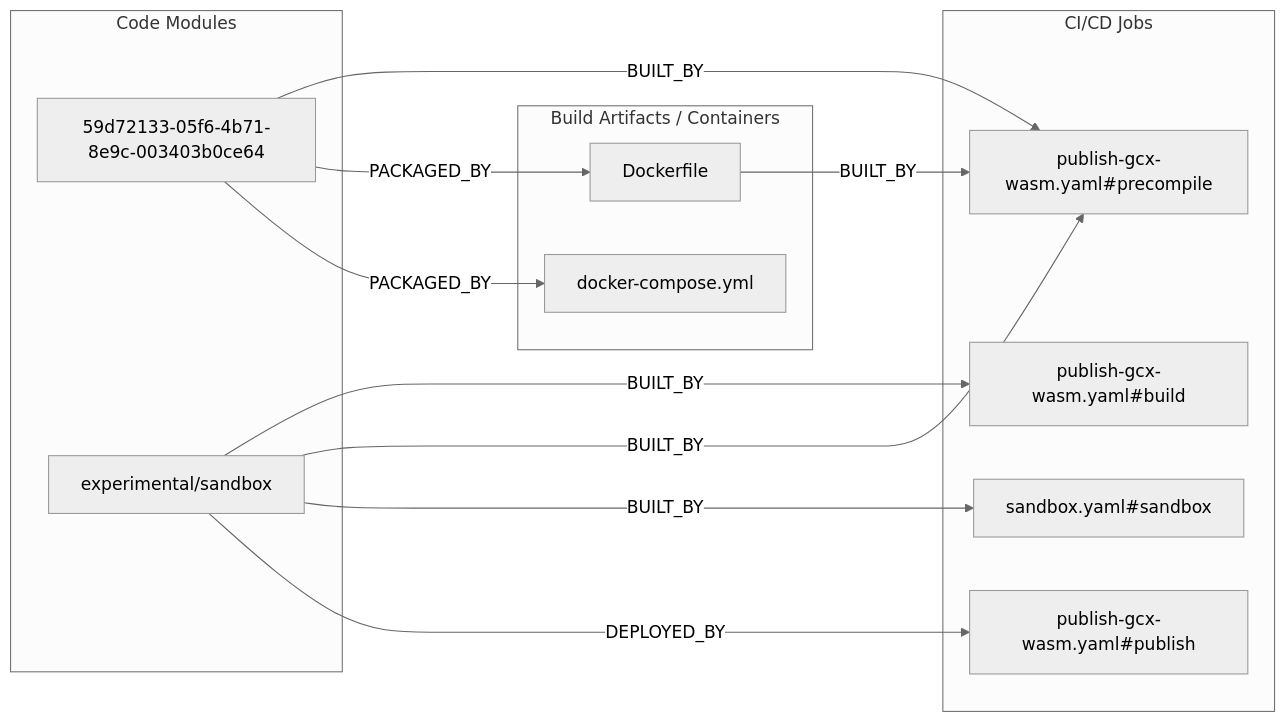
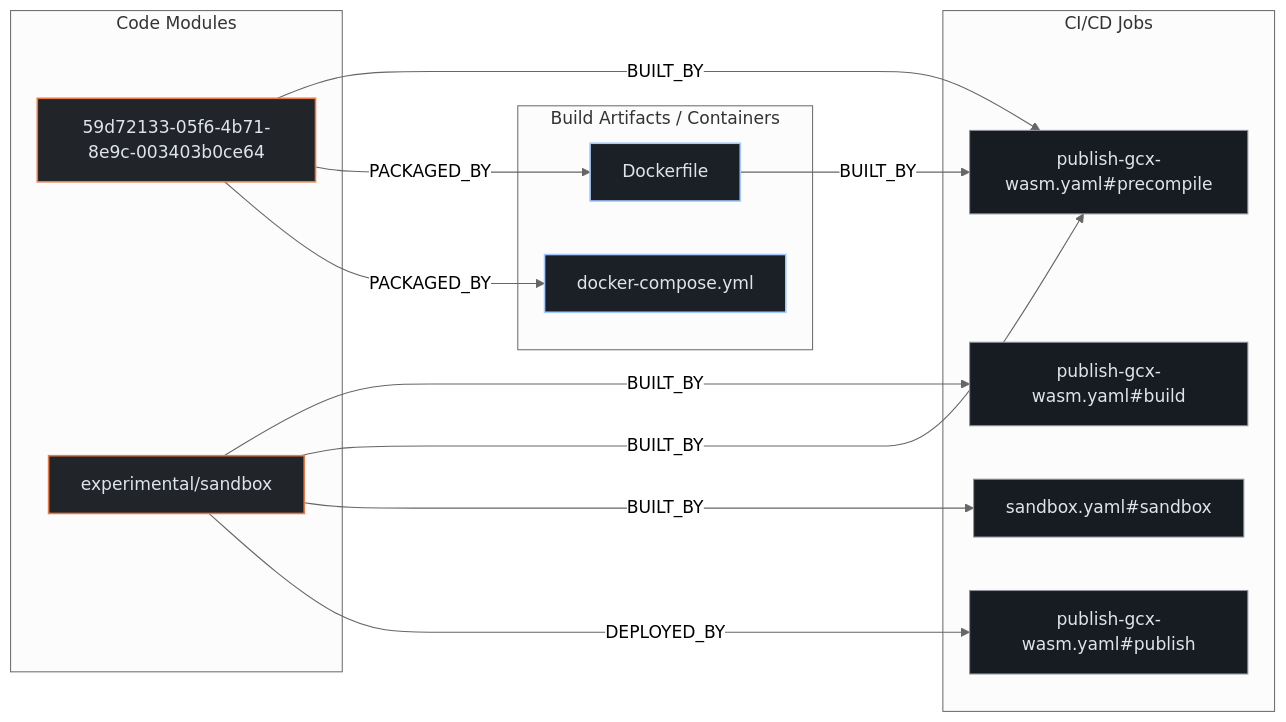
Before and after one commit to kumarshaz/atruss-code-atlas: the second of 3 diagrams in exports/latest/reports/grafana-gcx-report.md, drawn with Mermaid (neutral theme). The commit also changed other lines of this file and 331 other files, not shown here.

Commit message:
docs,ui,fix: update SDLC docs, reorder CI/CD DAG first, stylize Mermaid, and fix Arc42 pipeline topology

````diff
--- a/exports/latest/reports/grafana-gcx-report.md
+++ b/exports/latest/reports/grafana-gcx-report.md
@@ -181,25 +188,29 @@
 ```mermaid
 flowchart LR
+    classDef atlasCategory fill:#212428,stroke:#E87A48,stroke-width:1.5px,color:#dfe3eb
+    classDef atlasWorkflow fill:#1b2026,stroke:#a3c9ff,stroke-width:1.5px,color:#dfe3eb
+    classDef atlasJob fill:#171c22,stroke:#8d9199,stroke-width:1px,color:#dfe3eb
+    classDef atlasTarget fill:#005227,stroke:#8bd99b,stroke-width:1.5px,color:#a7f6b6
     subgraph code_modules["Code Modules"]
-        mod_59d72133_05f6_4b71_8e9c_003403b0ce64["59d72133-05f6-4b71-8e9c-003403b0ce64"]
-        mod_experimental_sandbox["experimental/sandbox"]
+        mod_59d72133_05f6_4b71_8e9c_003403b0ce64["59d72133-05f6-4b71-8e9c-003403b0ce64"]:::atlasCategory
+        mod_experimental_sandbox["experimental/sandbox"]:::atlasCategory
     end
     subgraph build_artifacts["Build Artifacts / Containers"]
-        art_Dockerfile["Dockerfile"]
-        art_docker_compose_yml["docker-compose.yml"]
+        art_Dockerfile["Dockerfile"]:::atlasWorkflow
+        art_docker_compose_yml["docker-compose.yml"]:::atlasWorkflow
     end
     subgraph ci_jobs["CI/CD Jobs"]
-        job_publish_gcx_wasm_yaml_build["publish-gcx-wasm.yaml#build"]
-        job_publish_gcx_wasm_yaml_precompile["publish-gcx-wasm.yaml#precompile"]
-        job_publish_gcx_wasm_yaml_publish["publish-gcx-wasm.yaml#publish"]
-        job_sandbox_yaml_sandbox["sandbox.yaml#sandbox"]
+        job_publish_gcx_wasm_yaml_build["publish-gcx-wasm.yaml#build"]:::atlasJob
+        job_publish_gcx_wasm_yaml_precompile["publish-gcx-wasm.yaml#precompile"]:::atlasJob
+        job_publish_gcx_wasm_yaml_publish["publish-gcx-wasm.yaml#publish"]:::atlasJob
+        job_sandbox_yaml_sandbox["sandbox.yaml#sandbox"]:::atlasJob
     end
     mod_59d72133_05f6_4b71_8e9c_003403b0ce64 -->|BUILT_BY| job_publish_gcx_wasm_yaml_precompile
     mod_59d72133_05f6_4b71_8e9c_003403b0ce64 -->|PACKAGED_BY| art_Dockerfile
     mod_59d72133_05f6_4b71_8e9c_003403b0ce64 -->|PACKAGED_BY| art_docker_compose_yml
     mod_experimental_sandbox -->|BUILT_BY| job_publish_gcx_wasm_yaml_build
     mod_experimental_sandbox -->|BUILT_BY| job_publish_gcx_wasm_yaml_precompile
     mod_experimental_sandbox -->|BUILT_BY| job_sandbox_yaml_sandbox
     mod_experimental_sandbox -->|DEPLOYED_BY| job_publish_gcx_wasm_yaml_publish
     art_Dockerfile -->|BUILT_BY| job_publish_gcx_wasm_yaml_precompile
 ```
````
